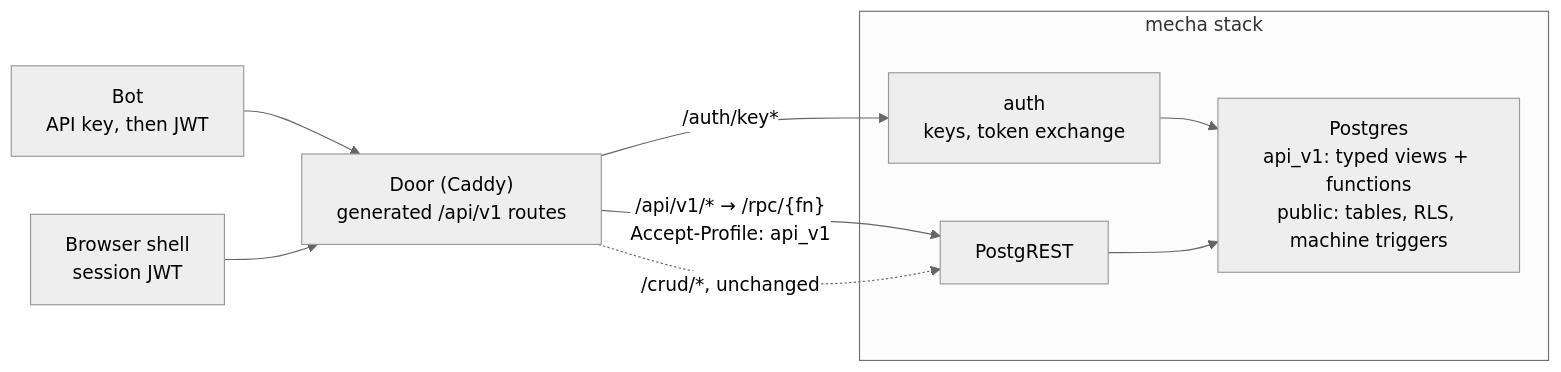
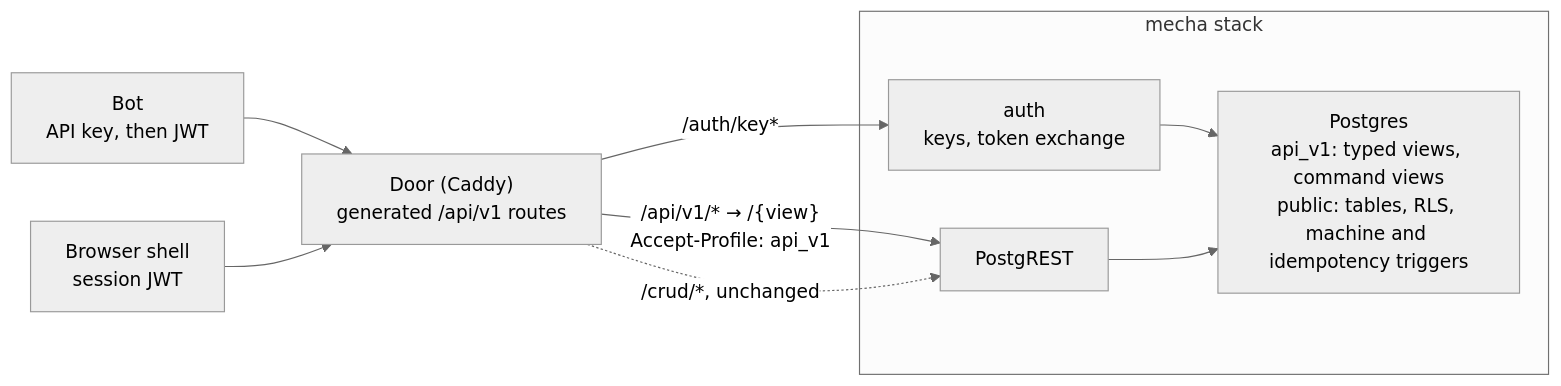
The diagram in docs/pronto-api.md (bsoneca/pronto-plugins), drawn with Mermaid (neutral theme) before and after one commit. The commit also changed other lines of this file, not shown here.

Commit message:
PRONTO-374: pronto-api maps routes straight onto views, no translation code

````diff
--- a/docs/pronto-api.md
+++ b/docs/pronto-api.md
@@ -52,15 +55,15 @@
 ```mermaid
 flowchart LR
   bot["Bot<br/>API key, then JWT"] --> door["Door (Caddy)<br/>generated /api/v1 routes"]
   browser["Browser shell<br/>session JWT"] --> door
-  door -- "/api/v1/* → /rpc/{fn}<br/>Accept-Profile: api_v1" --> crud
+  door -- "/api/v1/* → /{view}<br/>Accept-Profile: api_v1" --> crud
   door -. "/crud/*, unchanged" .-> crud
   door -- "/auth/key*" --> auth
   subgraph mecha["mecha stack"]
     auth["auth<br/>keys, token exchange"]
     crud["PostgREST"]
-    pg["Postgres<br/>api_v1: typed views + functions<br/>public: tables, RLS, machine triggers"]
+    pg["Postgres<br/>api_v1: typed views, command views<br/>public: tables, RLS, machine and idempotency triggers"]
   end
   auth --> pg
   crud --> pg
 ```
````
